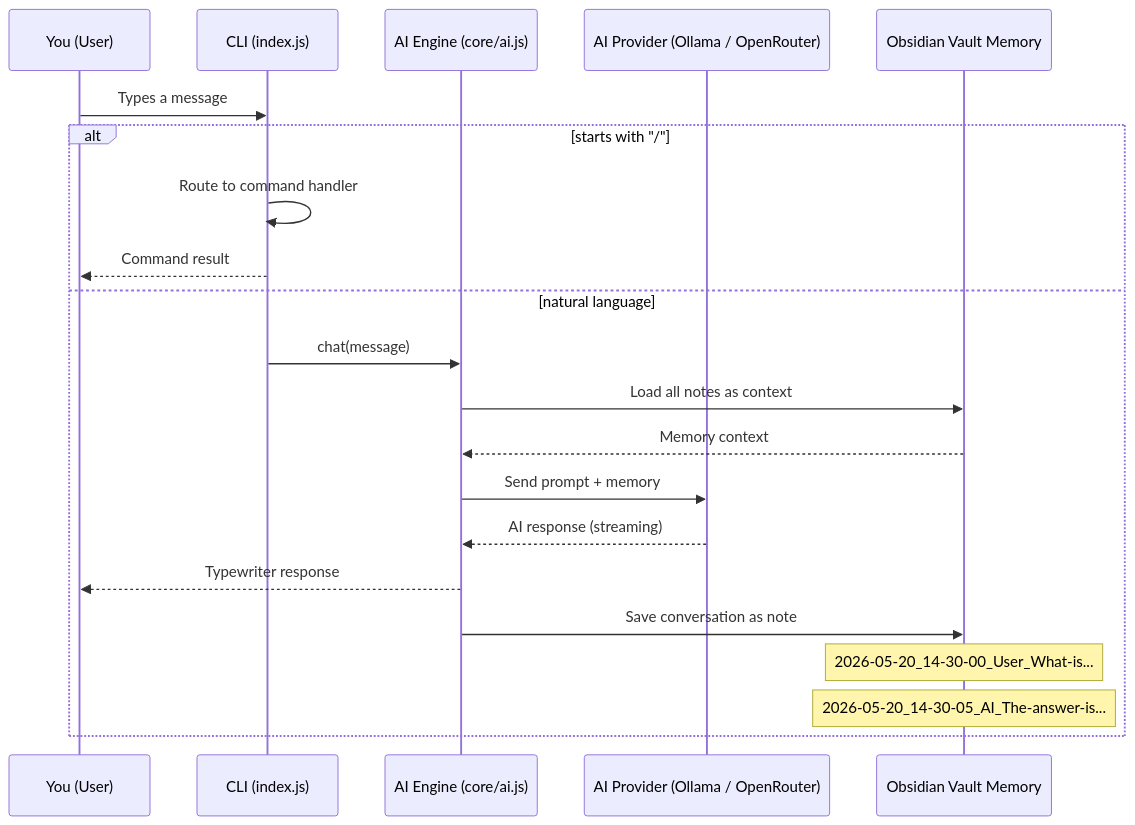
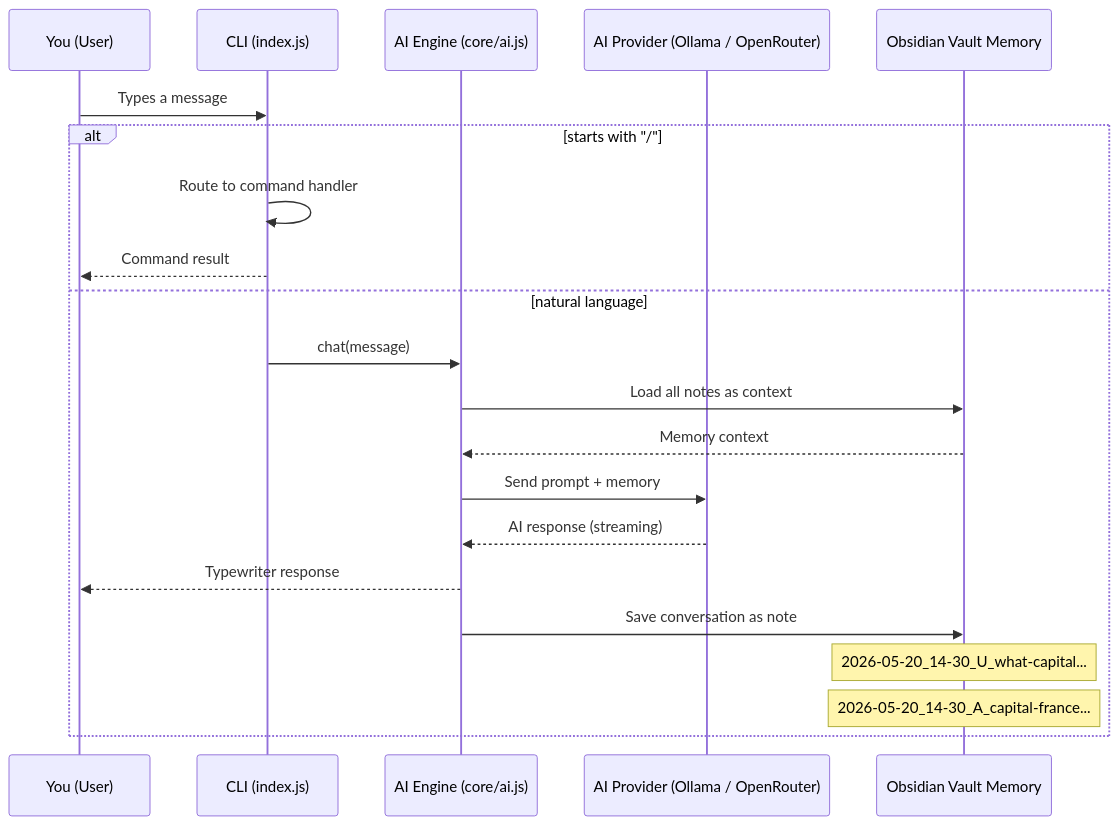
One commit to samkomedved319-dev/OpenFriday changed the second of 3 diagrams in docs/architecture.md. Above: the diagram before and after it, drawn with Mermaid. The commit also changed other lines of this file and 8 other files, not shown here.

````diff
--- a/docs/architecture.md
+++ b/docs/architecture.md
@@ -78,24 +78,24 @@
 ```mermaid
 sequenceDiagram
     participant User as You (User)
     participant CLI as CLI (index.js)
     participant AI as AI Engine (core/ai.js)
     participant Provider as AI Provider (Ollama / OpenRouter)
     participant Vault as Obsidian Vault Memory
     
     User->>CLI: Types a message
     alt starts with "/"
         CLI->>CLI: Route to command handler
         CLI-->>User: Command result
     else natural language
         CLI->>AI: chat(message)
         AI->>Vault: Load all notes as context
         Vault-->>AI: Memory context
         AI->>Provider: Send prompt + memory
         Provider-->>AI: AI response (streaming)
         AI-->>User: Typewriter response
         AI->>Vault: Save conversation as note
-        Note over Vault: 2026-05-20_14-30-00_User_What-is...
-        Note over Vault: 2026-05-20_14-30-05_AI_The-answer-is...
+        Note over Vault: 2026-05-20_14-30_U_what-capital...
+        Note over Vault: 2026-05-20_14-30_A_capital-france...
     end
 ```
````
